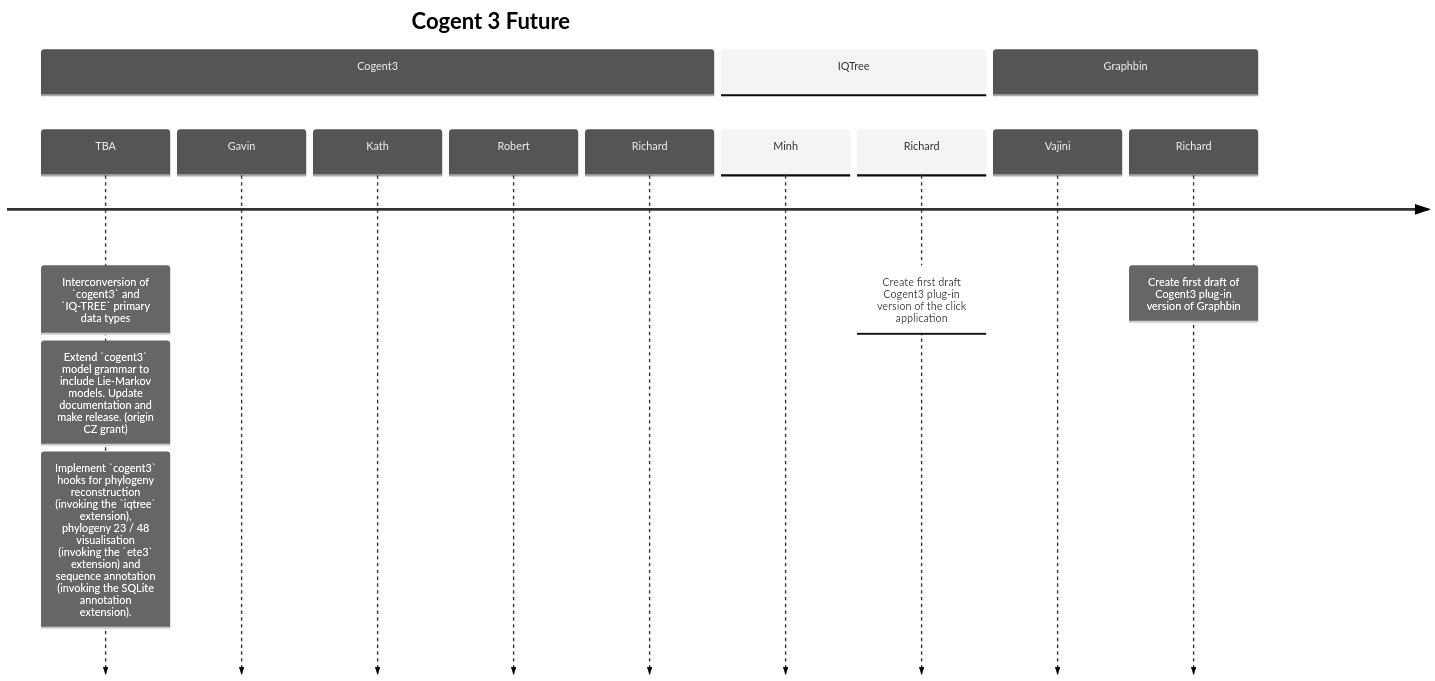
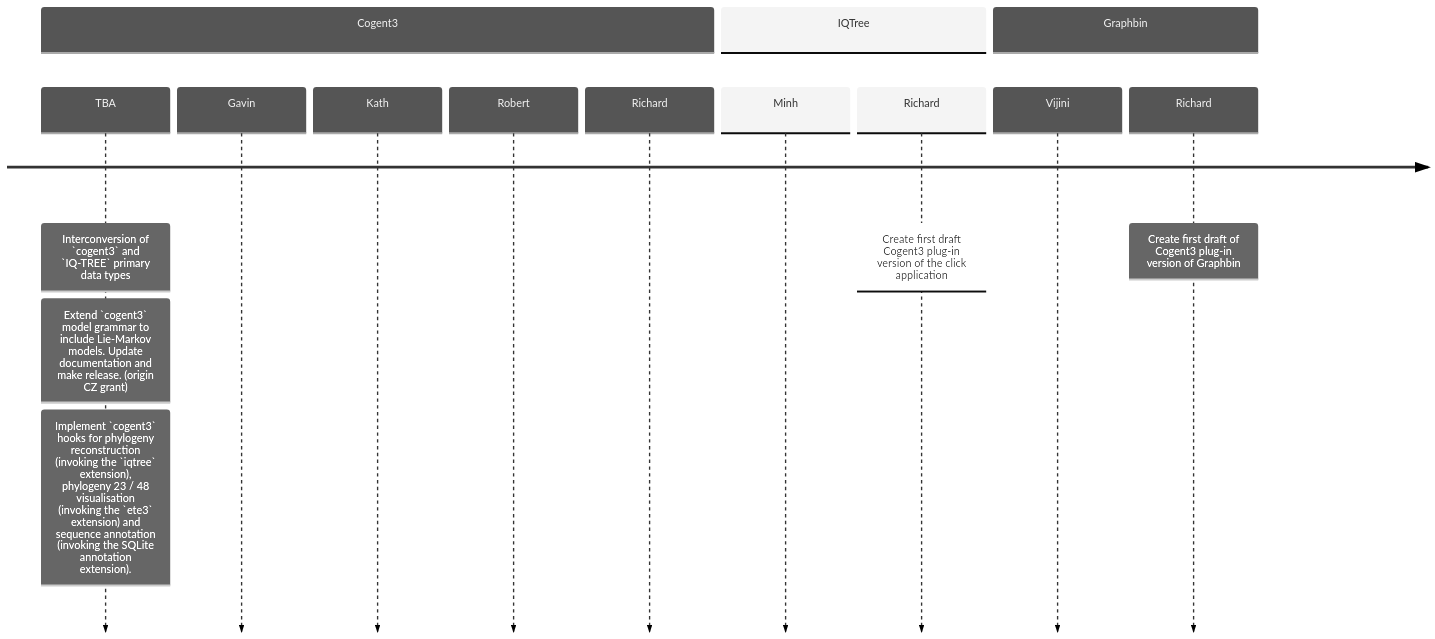
Before and after one commit to khiron/testscriv: the fourth of 4 diagrams in docs/milestones.md, drawn with Mermaid (neutral theme). The commit also changed other lines of this file, not shown here.

````diff
--- a/docs/milestones.md
+++ b/docs/milestones.md
@@ -84,25 +86,23 @@
 ```mermaid
 timeline
-title Cogent 3 Future
-
 section Cogent3
 TBA 
 : Interconversion of `cogent3` and `IQ-TREE` primary data types 
 : Extend `cogent3` model grammar to include Lie-Markov models. Update documentation and make release. (origin CZ grant)
 : Implement `cogent3` hooks for phylogeny reconstruction (invoking the `iqtree` extension), phylogeny 23 / 48 visualisation (invoking the `ete3` extension) and sequence annotation (invoking the SQLite annotation extension).
 
 Gavin 
 Kath 
 Robert 
 Richard 
 
 section IQTree
 Minh 
 Richard
 : Create first draft Cogent3 plug-in version of the click application
 
 section Graphbin 
-Vajini 
+Vijini 
 Richard
 : Create first draft of Cogent3 plug-in version of Graphbin
 ```
````
